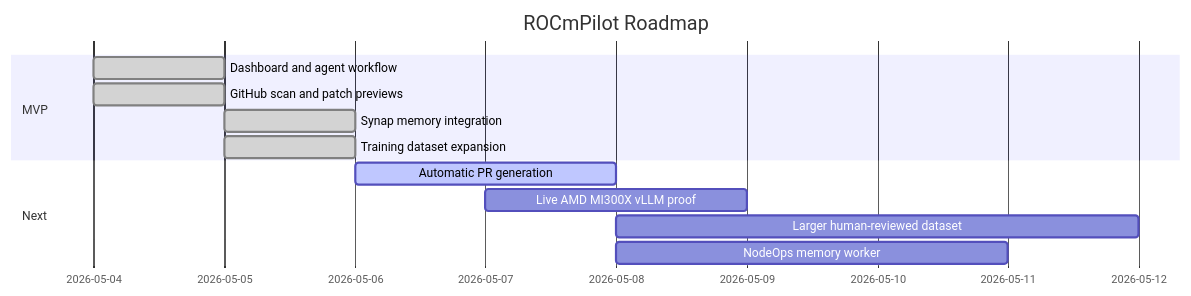
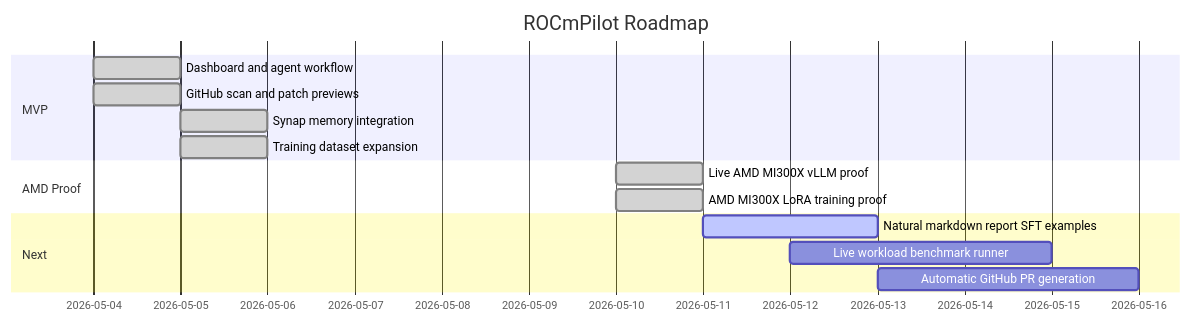
Before and after one commit to shivambhartiya/rocmpilot: the tenth of 10 diagrams in TECHNICAL_WALKTHROUGH.md, drawn with Mermaid. The commit also changed other lines of this file and 1 other file, not shown here.

````diff
--- a/TECHNICAL_WALKTHROUGH.md
+++ b/TECHNICAL_WALKTHROUGH.md
@@ -404,15 +469,17 @@
 ```mermaid
 gantt
   title ROCmPilot Roadmap
   dateFormat  YYYY-MM-DD
   section MVP
   Dashboard and agent workflow           :done,    mvp1, 2026-05-04, 1d
   GitHub scan and patch previews         :done,    mvp2, 2026-05-04, 1d
   Synap memory integration               :done,    mvp3, 2026-05-05, 1d
   Training dataset expansion             :done,    mvp4, 2026-05-05, 1d
+  section AMD Proof
+  Live AMD MI300X vLLM proof             :done,    next2, 2026-05-10, 1d
+  AMD MI300X LoRA training proof         :done,    next3, 2026-05-10, 1d
   section Next
-  Automatic PR generation                :active,  next1, 2026-05-06, 2d
-  Live AMD MI300X vLLM proof             :         next2, 2026-05-07, 2d
-  Larger human-reviewed dataset          :         next3, 2026-05-08, 4d
-  NodeOps memory worker                  :         next4, 2026-05-08, 3d
+  Natural markdown report SFT examples   :active,  next4, 2026-05-11, 2d
+  Live workload benchmark runner         :         next5, 2026-05-12, 3d
+  Automatic GitHub PR generation         :         next6, 2026-05-13, 3d
 ```
````
